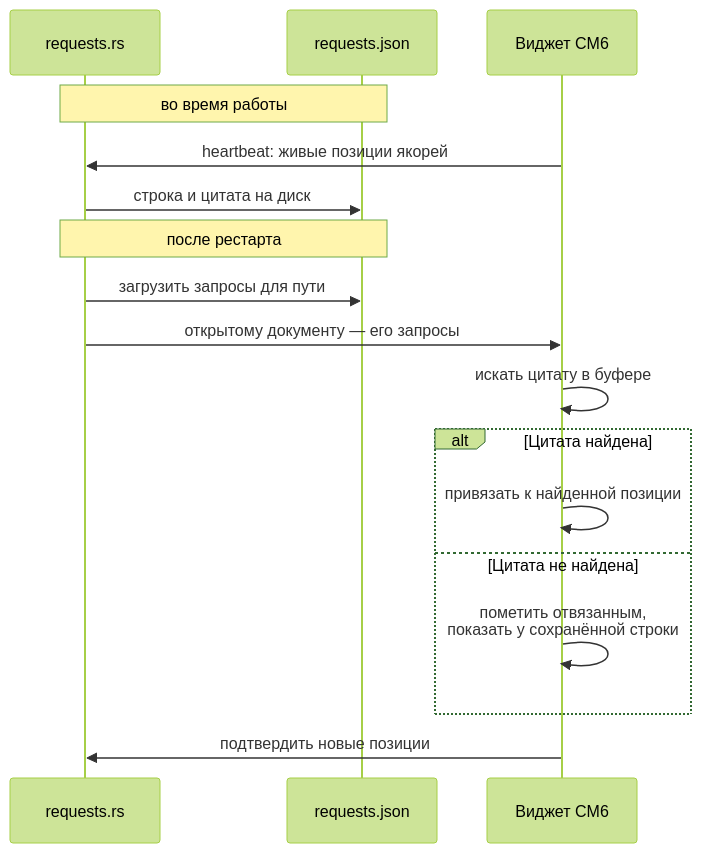
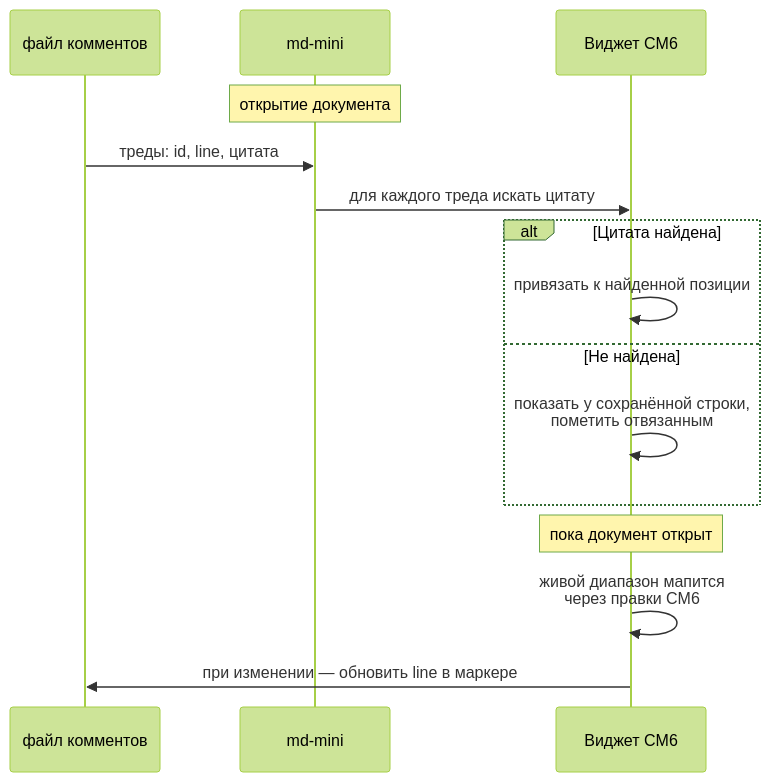
Diagram 14 of 14 in docs/superpowers/specs/2026-08-23-document-requests-design.md (malinborn/mdmini), drawn with Mermaid (forest theme) before and after one commit. The commit also changed other lines of this file, not shown here.

````diff
--- a/docs/superpowers/specs/2026-08-23-document-requests-design.md
+++ b/docs/superpowers/specs/2026-08-23-document-requests-design.md
@@ -487,21 +397,18 @@
 ```mermaid
 sequenceDiagram
-    participant R as requests.rs
-    participant J as requests.json
+    participant F as файл комментов
+    participant M as md-mini
     participant W as Виджет CM6
 
-    Note over R,J: во время работы
-    W->>R: heartbeat: живые позиции якорей
-    R->>J: строка и цитата на диск
-
-    Note over R,J: после рестарта
-    R->>J: загрузить запросы для пути
-    R->>W: открытому документу — его запросы
-    W->>W: искать цитату в буфере
+    Note over M: открытие документа
+    F->>M: треды: id, line, цитата
+    M->>W: для каждого треда искать цитату
     alt Цитата найдена
         W->>W: привязать к найденной позиции
-    else Цитата не найдена
-        W->>W: пометить отвязанным,<br/>показать у сохранённой строки
+    else Не найдена
+        W->>W: показать у сохранённой строки,<br/>пометить отвязанным
     end
-    W->>R: подтвердить новые позиции
+    Note over W: пока документ открыт
+    W->>W: живой диапазон мапится<br/>через правки CM6
+    W->>F: при изменении — обновить line в маркере
 ```
````
